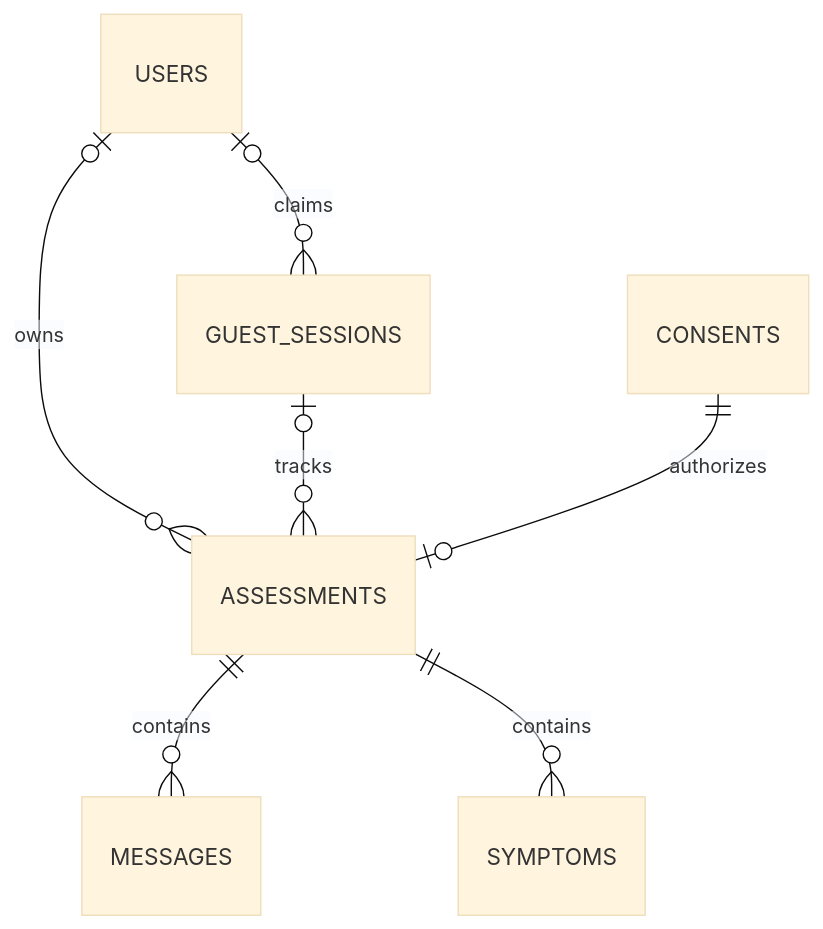
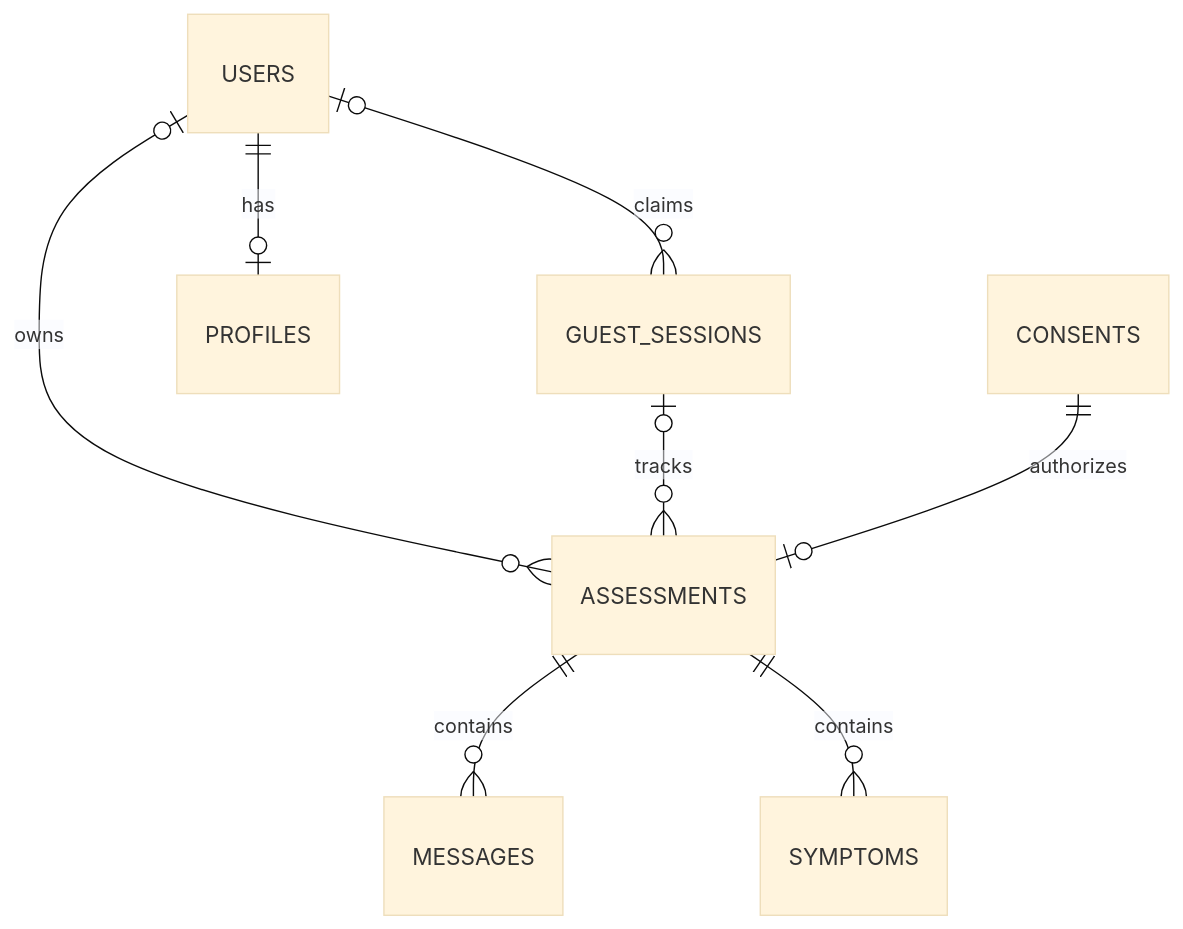
The diagram in docs/database.md (NT1906/AI_based_Symptom_Checker), drawn with Mermaid (base theme) before and after one commit. The commit also changed other lines of this file and 2 other files, not shown here.

````diff
--- a/docs/database.md
+++ b/docs/database.md
@@ -47,9 +46,10 @@
 ```mermaid
 erDiagram
     USERS o|--o{ ASSESSMENTS : owns
     USERS o|--o{ GUEST_SESSIONS : claims
+    USERS ||--o| PROFILES : has
     GUEST_SESSIONS o|--o{ ASSESSMENTS : tracks
     CONSENTS ||--o| ASSESSMENTS : authorizes
     ASSESSMENTS ||--o{ MESSAGES : contains
     ASSESSMENTS ||--o{ SYMPTOMS : contains
 ```
````
